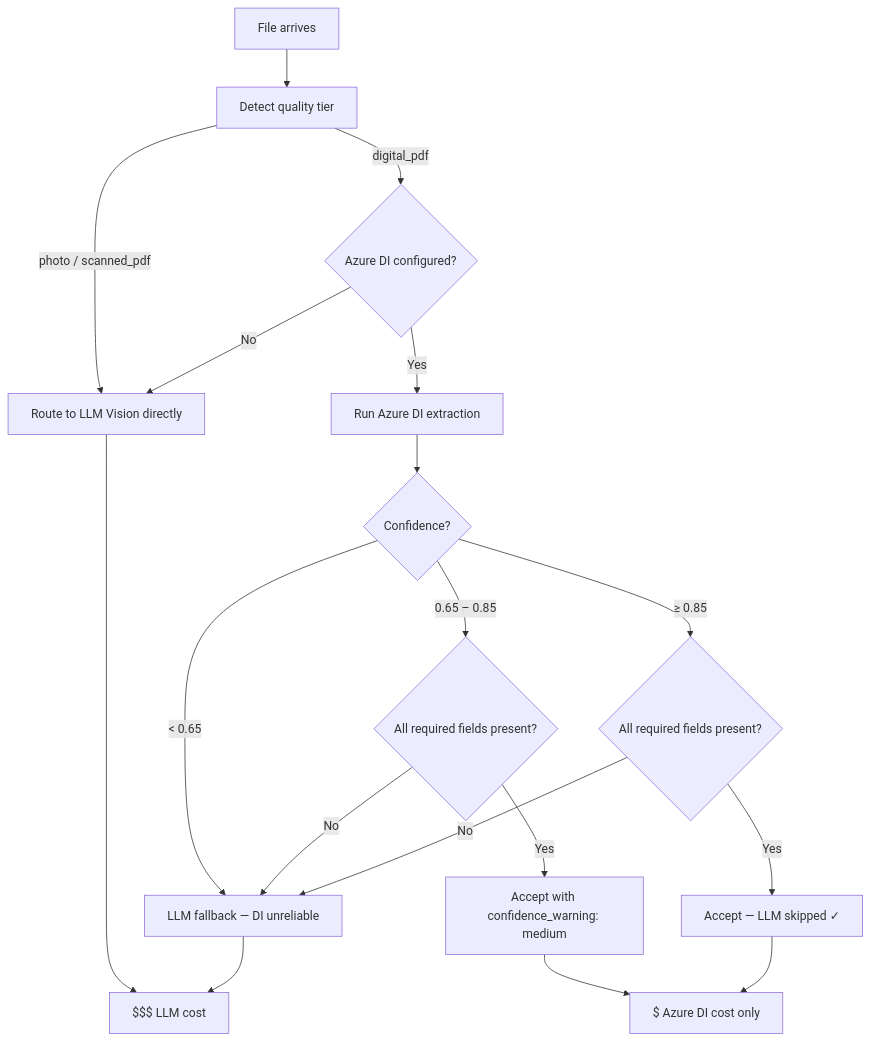
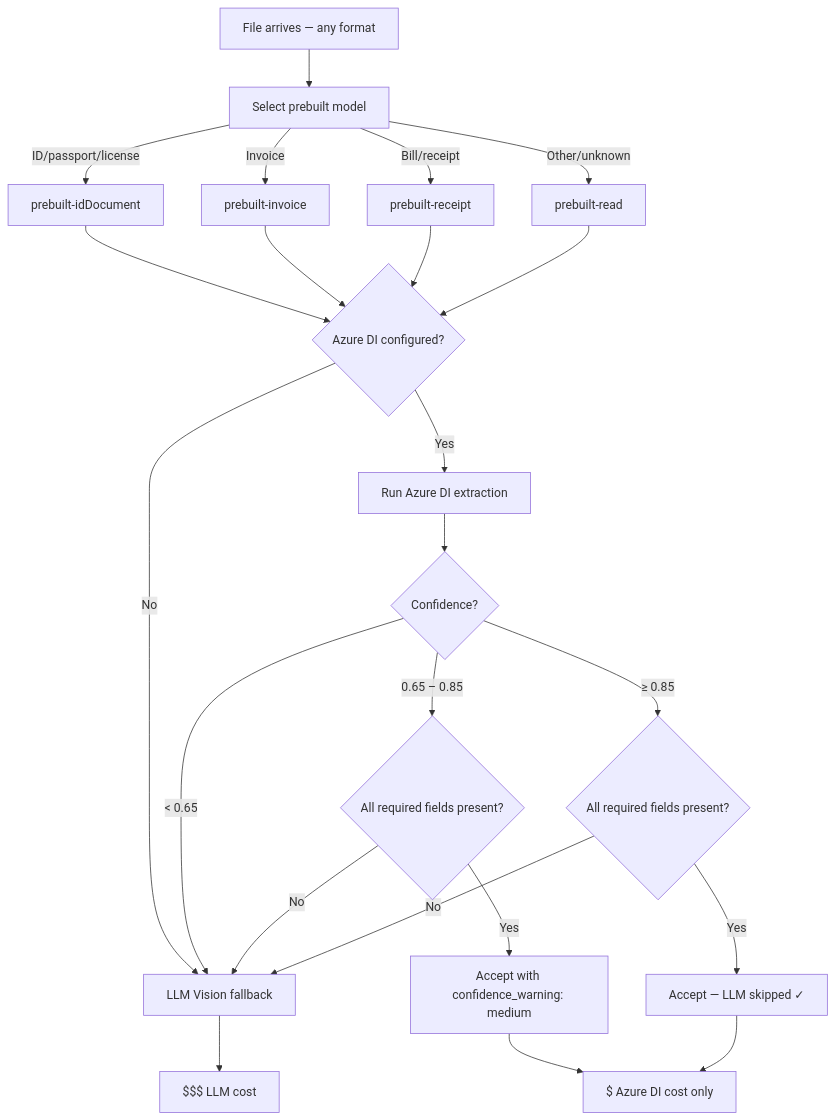
Before and after one commit to harsha9099/document-intelligence-api: the eighth of 8 diagrams in README.md, drawn with Mermaid. The commit also changed other lines of this file and 7 other files, not shown here.

First line of the commit message:
Route ALL documents through Azure DI first with smart prebuilt model selection

````diff
--- a/README.md
+++ b/README.md
@@ -157,20 +162,25 @@
 ```mermaid
 flowchart TD
-    A[File arrives] --> B[Detect quality tier]
-    B -->|photo / scanned_pdf| C[Route to LLM Vision directly]
-    B -->|digital_pdf| D{Azure DI configured?}
-    D -->|No| C
-    D -->|Yes| E[Run Azure DI extraction]
-    E --> F{Confidence?}
-    F -->|< 0.65| G[LLM fallback — DI unreliable]
-    F -->|0.65 – 0.85| H{All required fields present?}
-    F -->|≥ 0.85| I{All required fields present?}
-    H -->|Yes| J[Accept with confidence_warning: medium]
-    H -->|No| G
-    I -->|Yes| K[Accept — LLM skipped ✓]
-    I -->|No| G
-    C --> L[$$$ LLM cost]
-    G --> L
-    J --> M[$ Azure DI cost only]
-    K --> M
+    A[File arrives — any format] --> B[Select prebuilt model]
+    B -->|ID/passport/license| C[prebuilt-idDocument]
+    B -->|Invoice| D[prebuilt-invoice]
+    B -->|Bill/receipt| E[prebuilt-receipt]
+    B -->|Other/unknown| F[prebuilt-read]
+    C --> G{Azure DI configured?}
+    D --> G
+    E --> G
+    F --> G
+    G -->|No| H[LLM Vision fallback]
+    G -->|Yes| I[Run Azure DI extraction]
+    I --> J{Confidence?}
+    J -->|< 0.65| H
+    J -->|0.65 – 0.85| K{All required fields present?}
+    J -->|≥ 0.85| L{All required fields present?}
+    K -->|Yes| M[Accept with confidence_warning: medium]
+    K -->|No| H
+    L -->|Yes| N[Accept — LLM skipped ✓]
+    L -->|No| H
+    H --> O[$$$ LLM cost]
+    M --> P[$ Azure DI cost only]
+    N --> P
 ```
````
